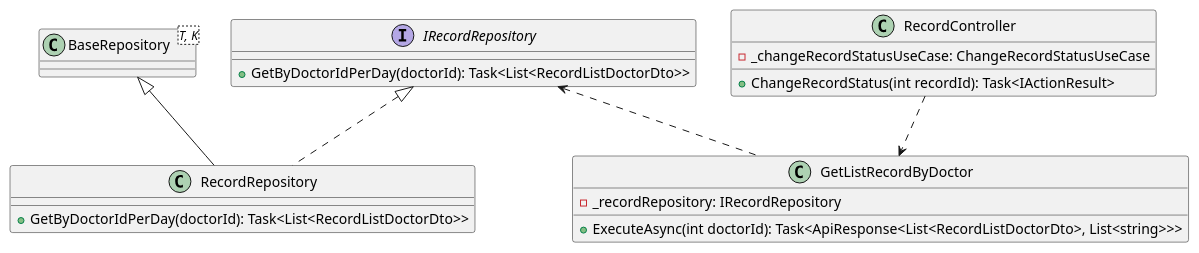
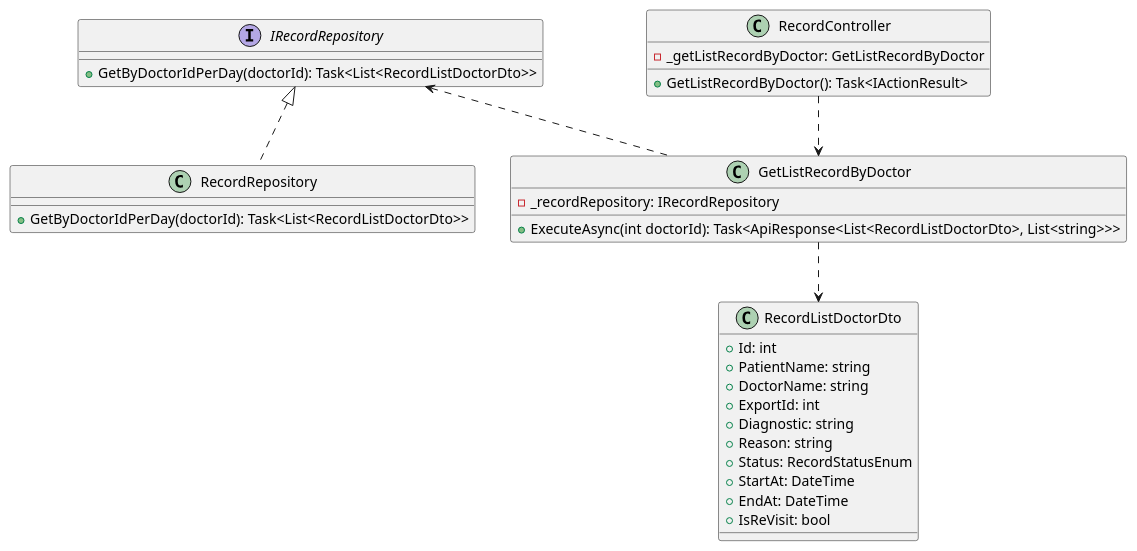
The diagram in ClassDiagram/Record/Get List Record (Queue).puml (jang1902/SEP490_Sequence), drawn with PlantUML before and after one commit. The commit also changed 8 other files, not shown here.

```diff
--- a/ClassDiagram/Record/Get List Record (Queue).puml
+++ b/ClassDiagram/Record/Get List Record (Queue).puml
@@ -1,30 +1,39 @@
 @startuml
 
 interface IRecordRepository{
  + GetByDoctorIdPerDay(doctorId): Task<List<RecordListDoctorDto>>
 }
-class BaseRepository<T, K>
-
 class RecordRepository {
  + GetByDoctorIdPerDay(doctorId): Task<List<RecordListDoctorDto>>
 }
 
 class GetListRecordByDoctor {
   - _recordRepository: IRecordRepository
   +ExecuteAsync(int doctorId): Task<ApiResponse<List<RecordListDoctorDto>, List<string>>>
 }
 
 
 class RecordController {
-  - _changeRecordStatusUseCase: ChangeRecordStatusUseCase
-  + ChangeRecordStatus(int recordId): Task<IActionResult>
+  - _getListRecordByDoctor: GetListRecordByDoctor
+  +  GetListRecordByDoctor(): Task<IActionResult>
 }
 
+class RecordListDoctorDto{
++ Id: int
++ PatientName: string
++ DoctorName: string
++ ExportId: int
++ Diagnostic: string
++ Reason: string
++ Status: RecordStatusEnum
++ StartAt: DateTime
++ EndAt: DateTime
++ IsReVisit: bool
+}
 
-
-BaseRepository <|-- RecordRepository
+GetListRecordByDoctor ..> RecordListDoctorDto
 IRecordRepository <|.. RecordRepository
 IRecordRepository <.. GetListRecordByDoctor
 RecordController ..> GetListRecordByDoctor
 
 @enduml
```
